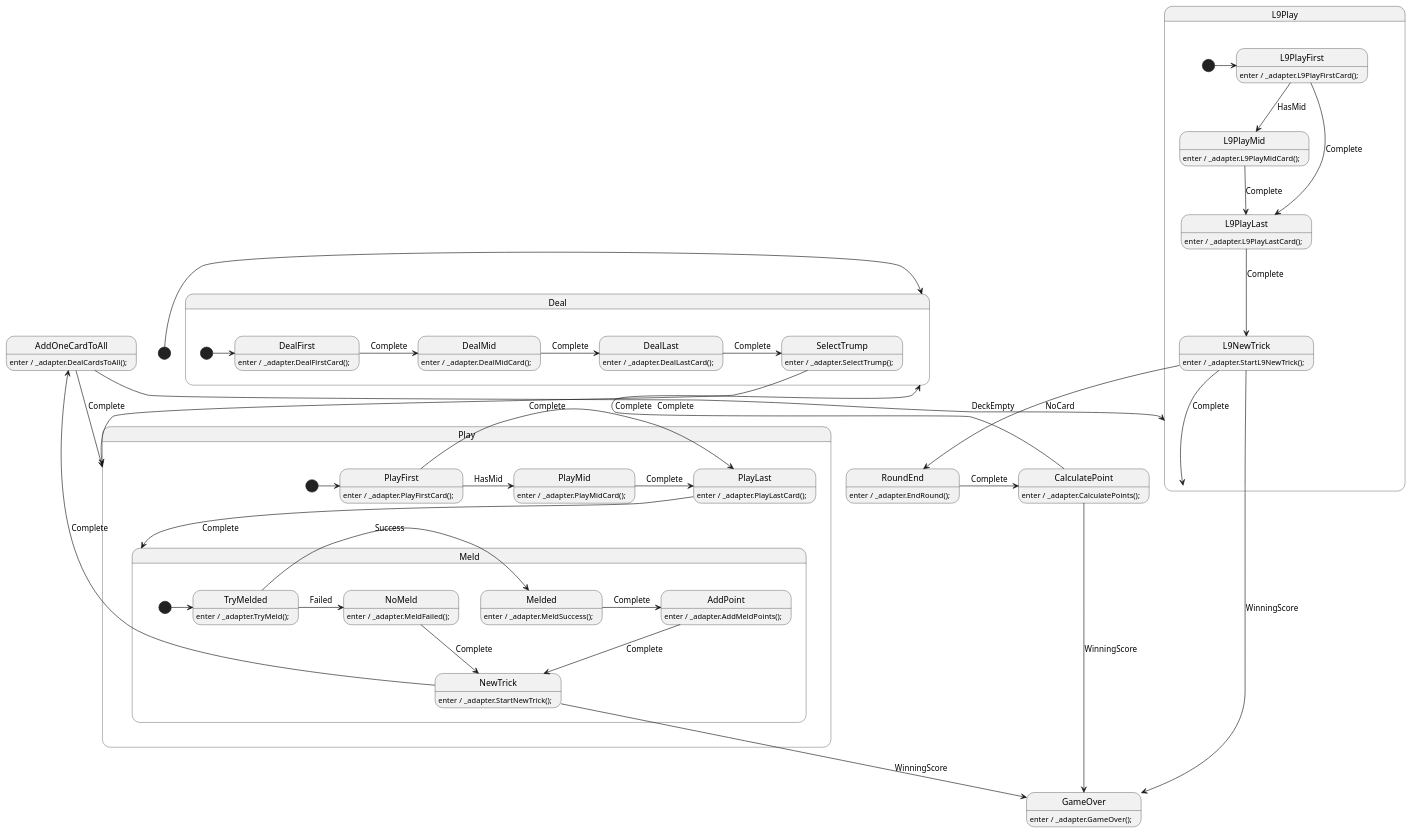
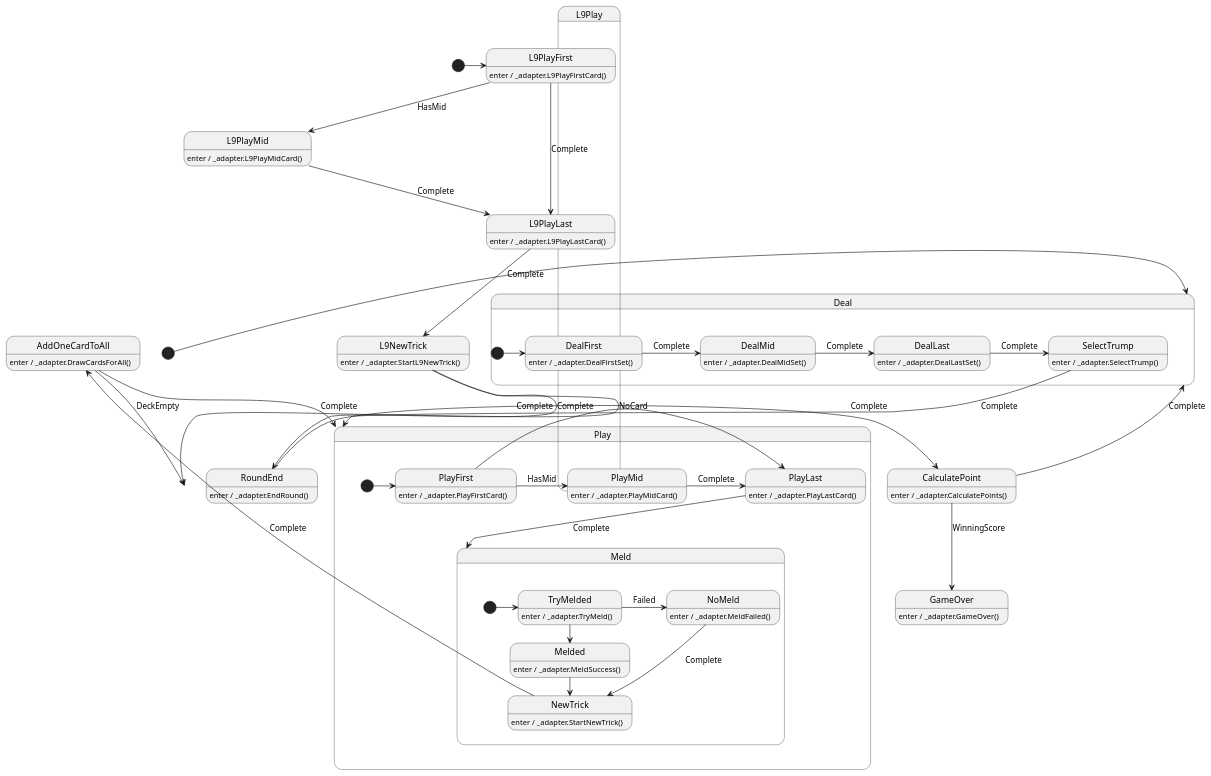
Before and after one commit to shefat2002/BeziqueCore: the diagram in BeziqueCore/Bezique.puml, drawn with PlantUML. The commit also changed 5 other files, not shown here.

Commit message:
Remove AddPoint state & rename deal/draw actions

```diff
--- a/BeziqueCore/Bezique.puml
+++ b/BeziqueCore/Bezique.puml
@@ -1,124 +1,139 @@
 @startuml Bezique
 
 /'! $CONFIG : toml
 SmRunnerSettings.transpilerId = "CSharp"
 
 [RenderConfig.CSharp]
 NameSpace = "BeziqueCore;"
 '/
 
 hide empty description
 skinparam stateMessageAlignment center
 
-' ///////////////////////////// STATE ORGANIZATION ///////////////////////
+' Game Flow:
+' 1. Deal Phase - Deal cards in 3 sets (3-3-3 for 2 players, 3-3-3 for 4 players)
+' 2. Select Trump - Flip the trump card
+' 3. Play Phase - Players play cards in tricks
+'    - 2 player: skip PlayMid
+'    - 4 player: PlayFirst -> PlayMid -> PlayLast
+' 4. Meld Phase - Winner can declare melds
+' 5. NewTrick - Clear played cards, winner leads
+' 6. AddOneCardToAll - Each player draws 1 card from deck
+' 7. Repeat Play/Meld/NewTrick/Draw until deck empty
+' 8. L9Play - Play last 9 cards (no drawing)
+' 9. RoundEnd - Calculate scores
+' 10. Check for winning score or start new round
+'
+' Events:
+' - Complete: State finished, move to next
+' - HasMid: 4 players, has middle player(s)
+' - Success: Meld declared successfully
+' - Failed: Meld failed or not declared
+' - DeckEmpty: No more cards to draw
+' - NoCard: Player has no more cards
+' - WinningScore: Player reached target score
 
 [*] -> Deal
 
 state Deal {
     [*] -> DealFirst
 
     state DealFirst
     state DealMid
     state DealLast
 
-    DealFirst : enter / _adapter.DealFirstCard();
+    DealFirst : enter / _adapter.DealFirstSet()
     DealFirst -> DealMid : Complete
 
-    DealMid : enter / _adapter.DealMidCard();
+    DealMid : enter / _adapter.DealMidSet()
     DealMid -> DealLast : Complete
 
-    DealLast : enter / _adapter.DealLastCard();
+    DealLast : enter / _adapter.DealLastSet()
     DealLast -> SelectTrump : Complete
 }
 
 state SelectTrump
-SelectTrump : enter / _adapter.SelectTrump();
+SelectTrump : enter / _adapter.SelectTrump()
 SelectTrump --> Play : Complete
 
 state Play {
     [*] -> PlayFirst
 
     state PlayFirst
     state PlayMid
     state PlayLast
 
-    PlayFirst : enter / _adapter.PlayFirstCard();
+    PlayFirst : enter / _adapter.PlayFirstCard()
     PlayFirst -> PlayMid : HasMid
     PlayFirst -> PlayLast : Complete
 
-    PlayMid : enter / _adapter.PlayMidCard();
+    PlayMid : enter / _adapter.PlayMidCard()
     PlayMid -> PlayLast : Complete
 
-    PlayLast : enter / _adapter.PlayLastCard();
+    PlayLast : enter / _adapter.PlayLastCard()
     PlayLast --> Meld : Complete
 }
 
 state Meld {
     [*] -> TryMelded
 
     state TryMelded
     state Melded
     state NoMeld
 
-    TryMelded : enter / _adapter.TryMeld();
+    TryMelded : enter / _adapter.TryMeld()
     TryMelded -> Melded : Success
     TryMelded -> NoMeld : Failed
 
-    Melded : enter / _adapter.MeldSuccess();
-    Melded -> AddPoint : Complete
+    Melded : enter / _adapter.MeldSuccess()
+    Melded -> NewTrick : Complete
 
-    NoMeld : enter / _adapter.MeldFailed();
+    NoMeld : enter / _adapter.MeldFailed()
     NoMeld --> NewTrick : Complete
 }
 
-state AddPoint
-AddPoint : enter / _adapter.AddMeldPoints();
-AddPoint --> NewTrick : Complete
-
 state NewTrick
-NewTrick : enter / _adapter.StartNewTrick();
+NewTrick : enter / _adapter.StartNewTrick()
 NewTrick -> AddOneCardToAll : Complete
-NewTrick --> GameOver : WinningScore
 
 state AddOneCardToAll
-AddOneCardToAll : enter / _adapter.DealCardsToAll();
+AddOneCardToAll : enter / _adapter.DrawCardsForAll()
 AddOneCardToAll --> Play : Complete
 AddOneCardToAll --> L9Play : DeckEmpty
 
 state L9Play {
     [*] -> L9PlayFirst
 
     state L9PlayFirst
     state L9PlayMid
     state L9PlayLast
 
-    L9PlayFirst : enter / _adapter.L9PlayFirstCard();
+    L9PlayFirst : enter / _adapter.L9PlayFirstCard()
     L9PlayFirst --> L9PlayMid : HasMid
     L9PlayFirst --> L9PlayLast : Complete
 
-    L9PlayMid : enter / _adapter.L9PlayMidCard();
+    L9PlayMid : enter / _adapter.L9PlayMidCard()
     L9PlayMid --> L9PlayLast : Complete
 
-    L9PlayLast : enter / _adapter.L9PlayLastCard();
+    L9PlayLast : enter / _adapter.L9PlayLastCard()
     L9PlayLast --> L9NewTrick : Complete
 }
 
 state L9NewTrick
-L9NewTrick : enter / _adapter.StartL9NewTrick();
+L9NewTrick : enter / _adapter.StartL9NewTrick()
 L9NewTrick --> L9Play : Complete
 L9NewTrick --> RoundEnd : NoCard
-L9NewTrick --> GameOver : WinningScore
 
 state RoundEnd
-RoundEnd : enter / _adapter.EndRound();
+RoundEnd : enter / _adapter.EndRound()
 RoundEnd -> CalculatePoint : Complete
 
 state CalculatePoint
-CalculatePoint : enter / _adapter.CalculatePoints();
+CalculatePoint : enter / _adapter.CalculatePoints()
 CalculatePoint --> Deal : Complete
 CalculatePoint --> GameOver : WinningScore
 
 state GameOver
-GameOver : enter / _adapter.GameOver();
+GameOver : enter / _adapter.GameOver()
 
 @enduml
```
